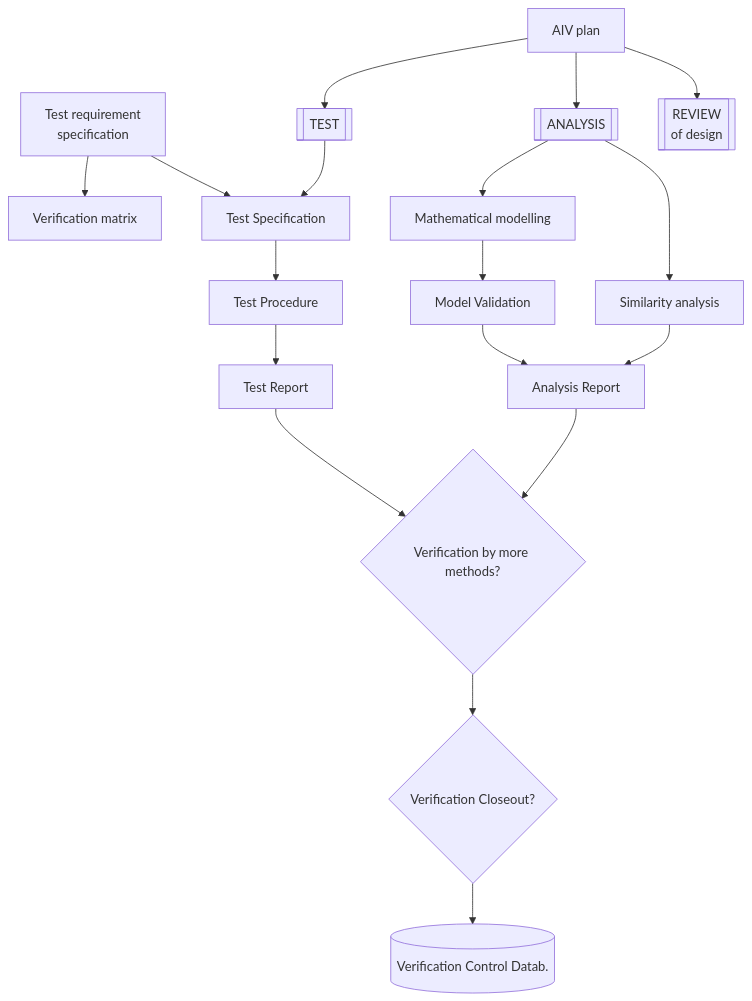
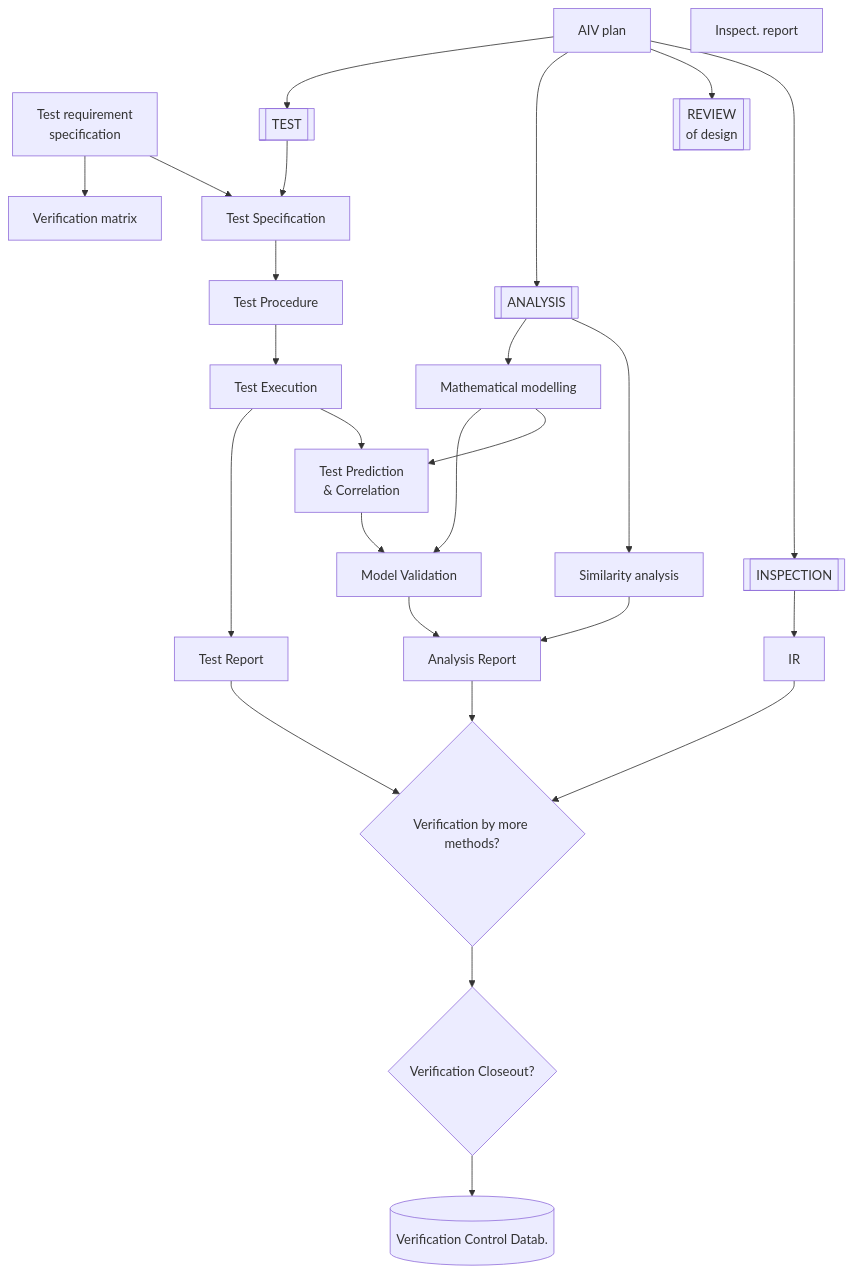
Before and after one commit to limu007/quvik: the diagram in calib/Validation.md, drawn with Mermaid.

````diff
--- a/calib/Validation.md
+++ b/calib/Validation.md
@@ -3,37 +3,44 @@
 ```mermaid
 flowchart TB
   TRS["`Test requirement
   specification`"]
   VM["Verification matrix"]
   VCD[(Verification Control Datab.)]
 
   AIV["AIV plan"]
   TEST[["TEST"]]
   TS["Test Specification"]
   TP["Test Procedure"]
+  TE["Test Execution"]
+  TPC["`Test Prediction
+& Correlation`"]
   TR["Test Report"]
 
+  INS[["INSPECTION"]]
+  IT["Inspect. report"]
   ANAL[["ANALYSIS"]]
   MM["Mathematical modelling"]
   MV["Model Validation"]
   SM["Similarity analysis"]
   AR["Analysis Report"]
 
   ROD[["`REVIEW
   of design`"]]
 
   meth{"Verification by more methods?"}
   close{"Verification Closeout?"}
   
-  TEST --> TS --> TP --> TR --> meth
+  TEST --> TS --> TP --> TE --> TR --> meth
   TRS --> VM
   TRS --> TS
   AIV --> TEST
   AIV --> ANAL
   ANAL --> MM --> MV --> AR
-  ANAL --> SM --> AR
-  AR --> meth
+  ANAL --> SM --> AR --> meth
   AIV --> ROD
+  AIV --> INS --> IR --> meth
+  MM --> TPC
+  TE --> TPC --> MV 
   meth --> close --> VCD
 
 ```
````
